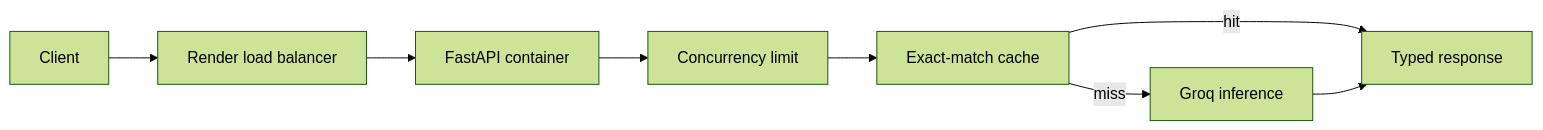
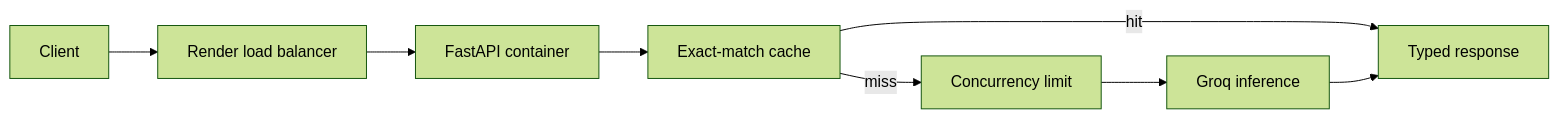
The diagram in README.md (bootcampyoussef/mle-containerized-llm-deployment), drawn with Mermaid (forest theme) before and after one commit. The commit also changed other lines of this file and 20 other files, not shown here.

````diff
--- a/README.md
+++ b/README.md
@@ -41,10 +58,10 @@
 ```mermaid
 flowchart LR
     A["Client"] --> B["Render load balancer"]
     B --> C["FastAPI container"]
-    C --> D["Concurrency limit"]
-    D --> E["Exact-match cache"]
-    E -->|"miss"| F["Groq inference"]
+    C --> E["Exact-match cache"]
+    E -->|"miss"| D["Concurrency limit"]
+    D --> F["Groq inference"]
     E -->|"hit"| G["Typed response"]
     F --> G
 ```
````
